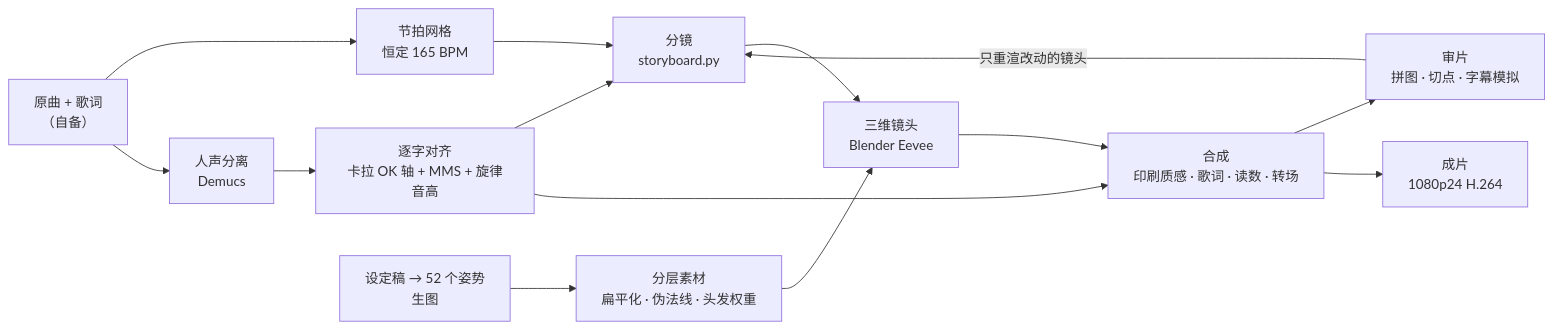
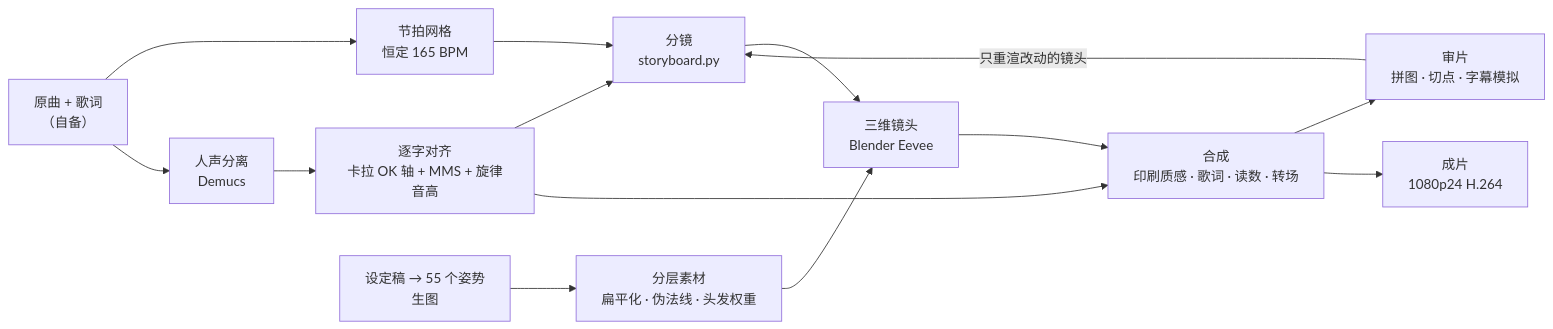
Before and after one commit to RepressedAlliance/MeltDown: the diagram in README.md, drawn with Mermaid. The commit also changed other lines of this file and 38 other files, not shown here.

````diff
--- a/README.md
+++ b/README.md
@@ -101,16 +101,16 @@
 ```mermaid
 flowchart LR
   A["原曲 + 歌词<br/>（自备）"] --> B["节拍网格<br/>恒定 165 BPM"]
   A --> C["人声分离<br/>Demucs"]
   C --> D["逐字对齐<br/>卡拉 OK 轴 + MMS + 旋律音高"]
-  E["设定稿 → 52 个姿势<br/>生图"] --> F["分层素材<br/>扁平化 · 伪法线 · 头发权重"]
+  E["设定稿 → 55 个姿势<br/>生图"] --> F["分层素材<br/>扁平化 · 伪法线 · 头发权重"]
   B --> G["分镜<br/>storyboard.py"]
   D --> G
   G --> H["三维镜头<br/>Blender Eevee"]
   F --> H
   H --> I["合成<br/>印刷质感 · 歌词 · 读数 · 转场"]
   D --> I
   I --> J["审片<br/>拼图 · 切点 · 字幕模拟"]
   J -- "只重渲改动的镜头" --> G
   I --> K["成片<br/>1080p24 H.264"]
 ```
````
